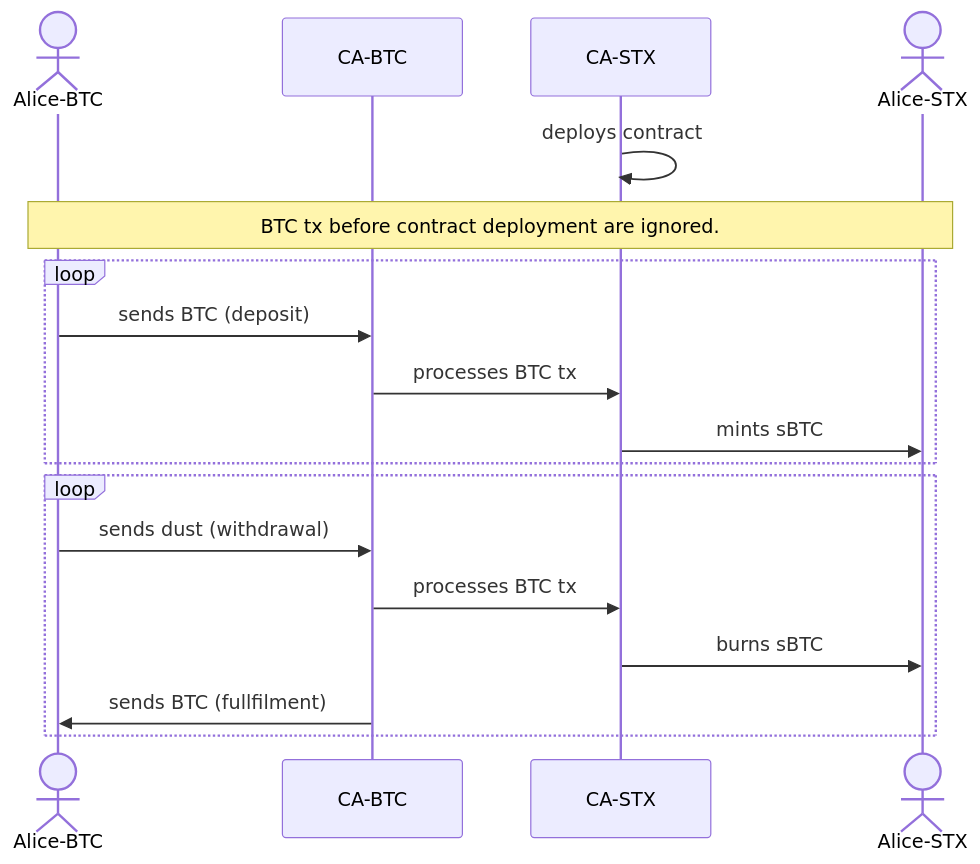
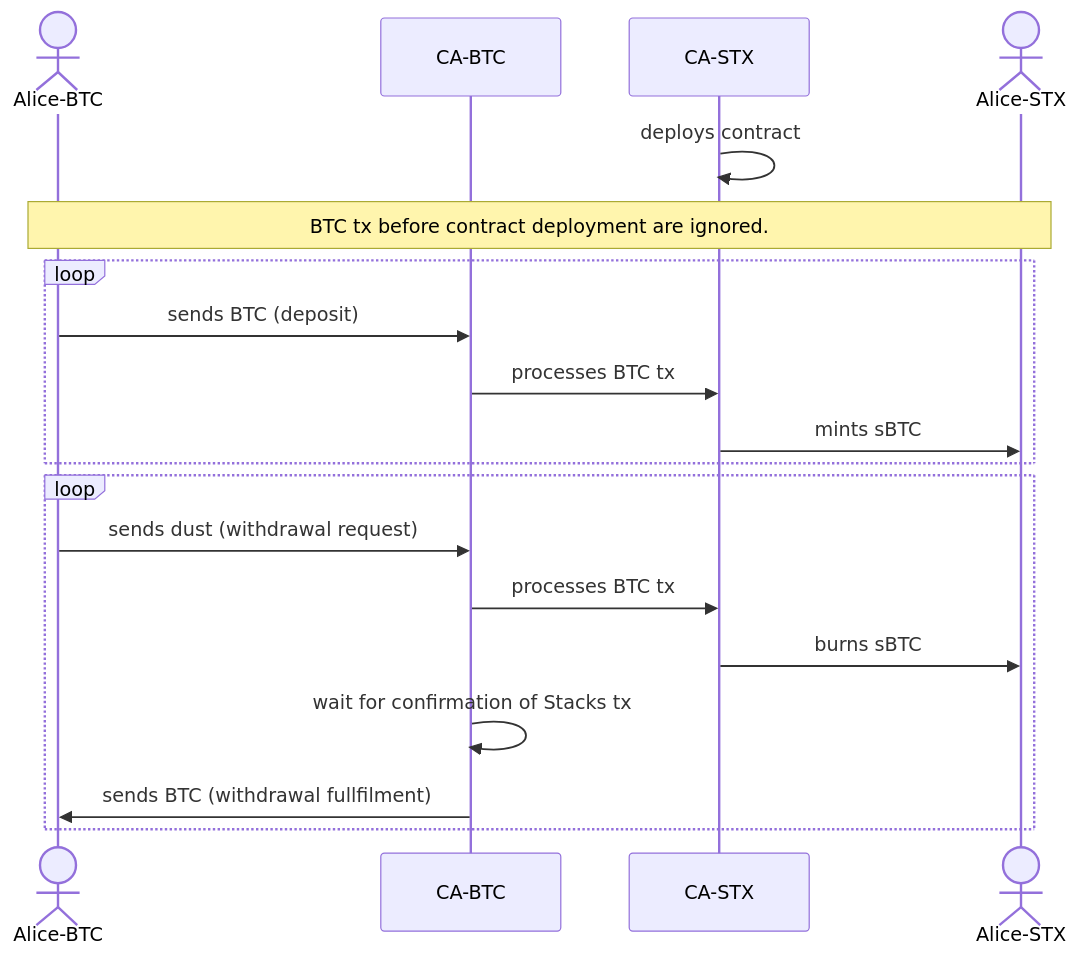
The diagram in src/sbtc-releases/sbtc-dev/get-started.md (stacks-network/sbtc-docs), drawn with Mermaid before and after one commit. The commit also changed other lines of this file and 5 other files, not shown here.

````diff
--- a/src/sbtc-releases/sbtc-dev/get-started.md
+++ b/src/sbtc-releases/sbtc-dev/get-started.md
@@ -7,20 +7,21 @@
 ```mermaid
 sequenceDiagram
     actor AB as Alice-BTC
     participant CB as CA-BTC
     participant CS as CA-STX
     actor AS as Alice-STX
     CS ->> CS: deploys contract
     Note over AB, AS: BTC tx before contract deployment are ignored.
     loop
         AB ->> CB: sends BTC (deposit)
         CB ->> CS: processes BTC tx
         CS ->> AS: mints sBTC
     end
     loop
-        AB ->> CB: sends dust (withdrawal)
+        AB ->> CB: sends dust (withdrawal request)
         CB ->> CS: processes BTC tx
         CS ->> AS: burns sBTC
-        CB ->> AB: sends BTC (fullfilment)
+        CB ->> CB: wait for confirmation of Stacks tx
+        CB ->> AB: sends BTC (withdrawal fullfilment)
     end
 ```
````
